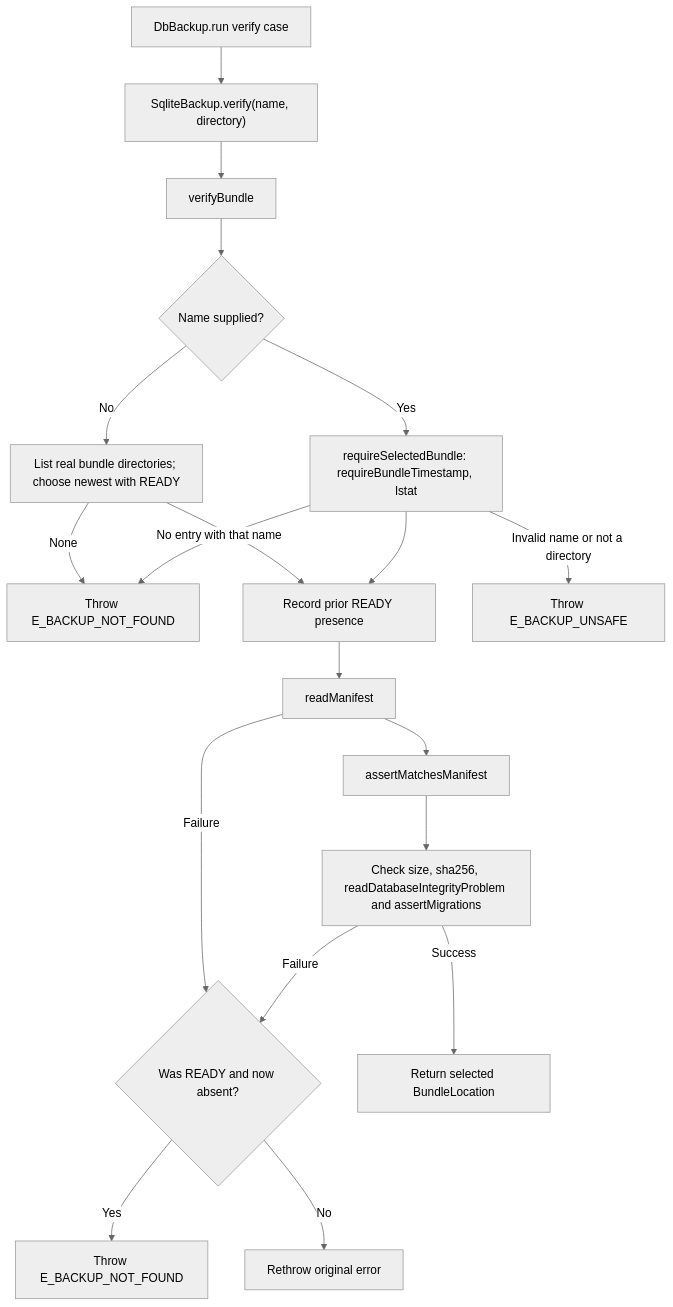
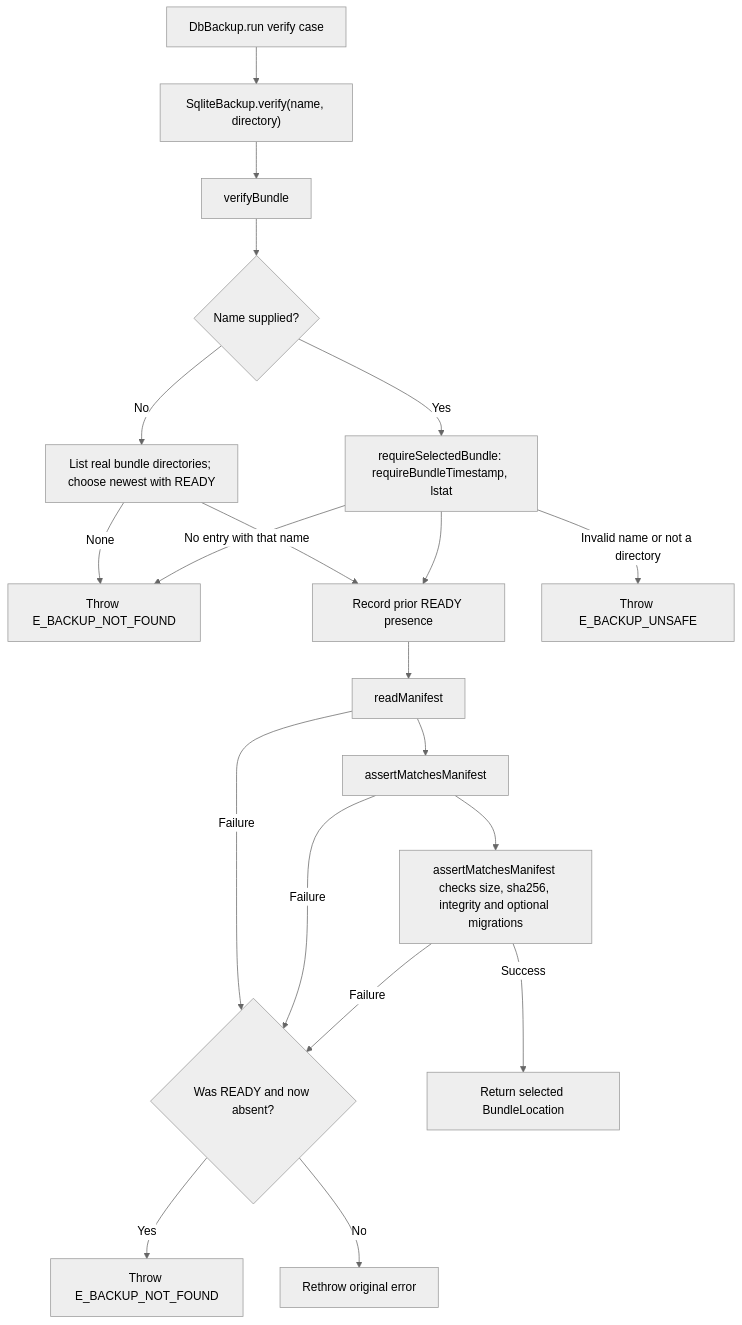
Before and after one commit to Kevinjohn/oss-adonisjs-sqlite-backup: the second of 2 diagrams in user-stories/verify-bundle/us-op-03-verify-bundle.md, drawn with Mermaid (neutral theme). The commit also changed 13 other files, not shown here.

````diff
--- a/user-stories/verify-bundle/us-op-03-verify-bundle.md
+++ b/user-stories/verify-bundle/us-op-03-verify-bundle.md
@@ -45,21 +45,22 @@
 ```mermaid
 flowchart TD
     A["DbBackup.run verify case"] --> B["SqliteBackup.verify(name, directory)"]
     B --> C["verifyBundle"]
     C --> S{"Name supplied?"}
     S -->|Yes| D["requireSelectedBundle: requireBundleTimestamp, lstat"]
     S -->|No| B1["List real bundle directories; choose newest with READY"]
     B1 -->|None| N
     B1 --> E1["Record prior READY presence"]
     D -->|Invalid name or not a directory| X["Throw E_BACKUP_UNSAFE"]
     D -->|No entry with that name| N["Throw E_BACKUP_NOT_FOUND"]
     D --> E1
     E1 --> E["readManifest"]
     E --> F["assertMatchesManifest"]
-    F --> G["Check size, sha256, readDatabaseIntegrityProblem and assertMigrations"]
+    F --> G["assertMatchesManifest checks size, sha256, integrity and optional migrations"]
     E -->|Failure| H{"Was READY and now absent?"}
+    F -->|Failure| H
     G -->|Failure| H
     H -->|Yes| I["Throw E_BACKUP_NOT_FOUND"]
     H -->|No| K["Rethrow original error"]
     G -->|Success| J["Return selected BundleLocation"]
 ```
````
